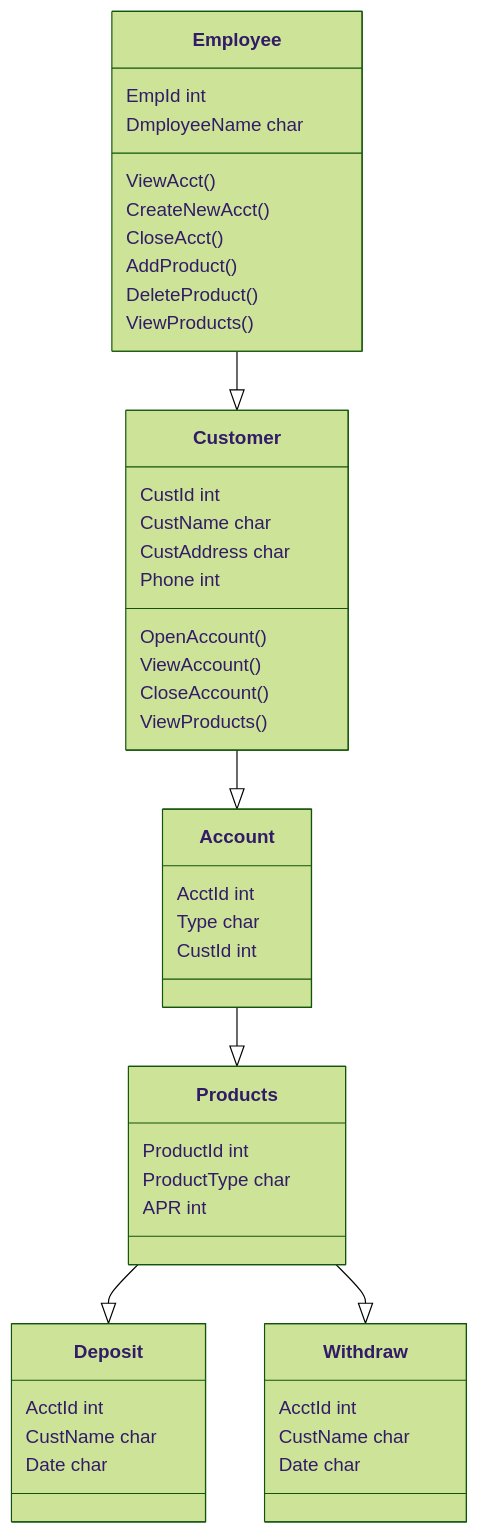
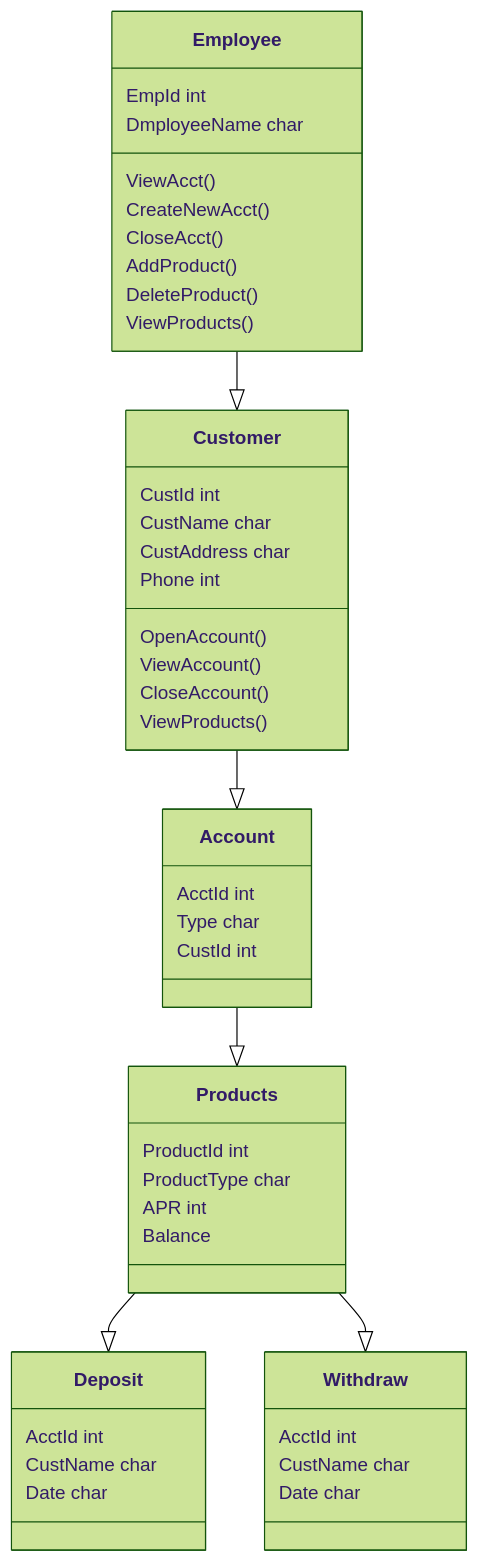
Before and after one commit to Marcus-Snell/Test: the diagram in mermaid.md, drawn with Mermaid (forest theme).

````diff
--- a/mermaid.md
+++ b/mermaid.md
@@ -1,43 +1,44 @@
 ```mermaid
 classDiagram
 Employee --|> Customer
 Employee : EmpId int
 Employee : DmployeeName char
 Employee : ViewAcct()
 Employee : CreateNewAcct()
 Employee : CloseAcct()
 Employee : AddProduct()
 Employee : DeleteProduct()
 Employee : ViewProducts()
 
 Customer --|> Account
 Customer : CustId int
 Customer : CustName char
 Customer : CustAddress char
 Customer : Phone int
 Customer : OpenAccount()
 Customer : ViewAccount()
 Customer : CloseAccount()
 Customer : ViewProducts()
 
 Account --|> Products
 Account : AcctId int
 Account : Type char
 Account : CustId int
 
 Deposit
 Deposit : AcctId int
 Deposit : CustName char
 Deposit : Date char
 
 Withdraw
 Withdraw : AcctId int
 Withdraw : CustName char
 Withdraw : Date char
 
 Products --|> Deposit
 Products --|> Withdraw
 Products : ProductId int
 Products : ProductType char
 Products : APR int
+Products : Balance
 ```
````
